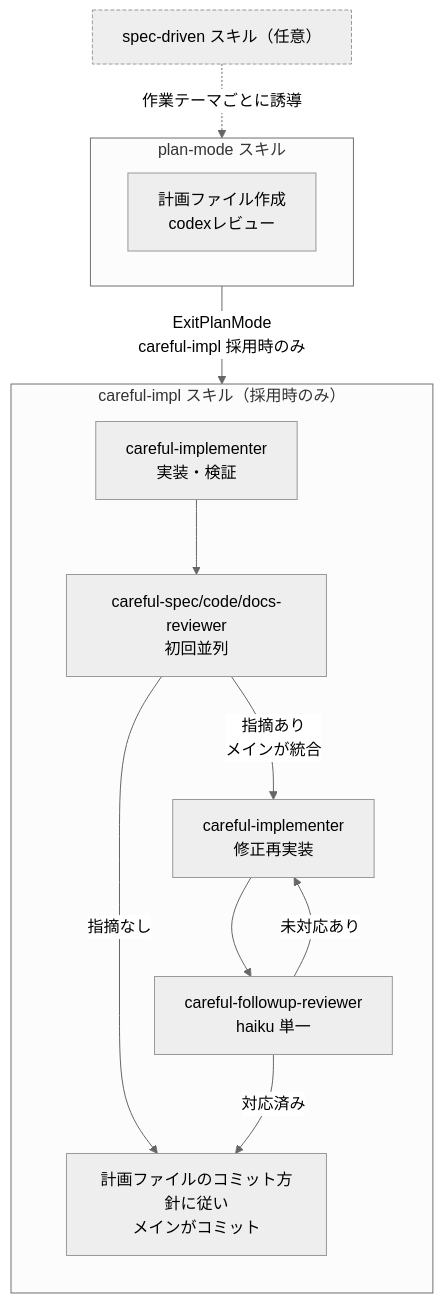
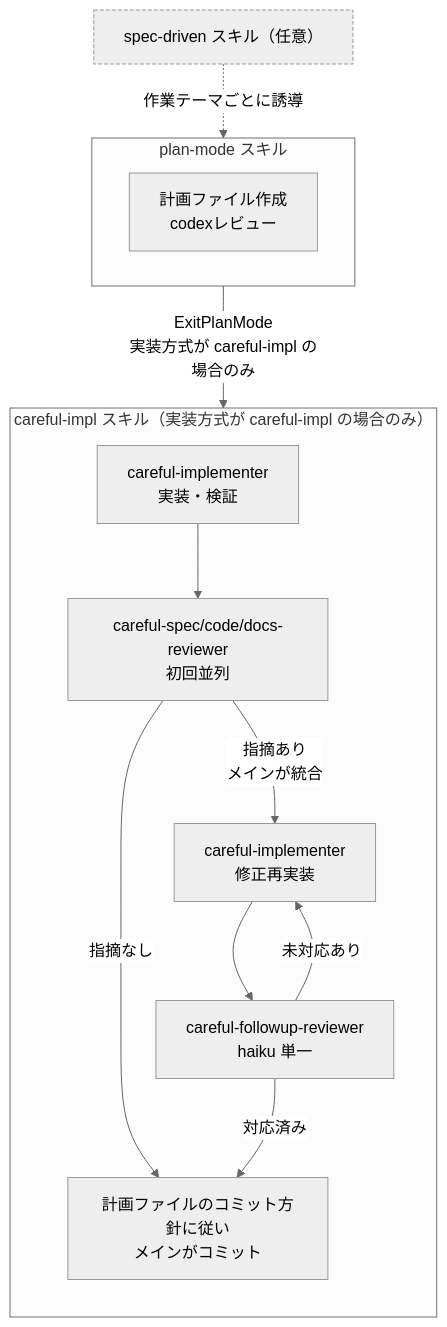
The diagram in .claude/rules/plugins.md (ak110/dotfiles), drawn with Mermaid (neutral theme) before and after one commit. The commit also changed other lines of this file and 5 other files, not shown here.

````diff
--- a/.claude/rules/plugins.md
+++ b/.claude/rules/plugins.md
@@ -116,20 +116,20 @@
 ```mermaid
 flowchart TB
     SD["spec-driven スキル（任意）"]:::sd
     subgraph PM["plan-mode スキル"]
       P[計画ファイル作成<br/>codexレビュー]
     end
-    subgraph PI["careful-impl スキル（採用時のみ）"]
+    subgraph PI["careful-impl スキル（実装方式が careful-impl の場合のみ）"]
       direction TB
       T[careful-implementer<br/>実装・検証] --> R1[careful-spec/code/docs-reviewer<br/>初回並列]
       R1 -->|指摘あり<br/>メインが統合| T2[careful-implementer<br/>修正再実装]
       T2 --> R2[careful-followup-reviewer<br/>haiku 単一]
       R2 -->|未対応あり| T2
       R1 -->|指摘なし| C[計画ファイルのコミット方針に従い<br/>メインがコミット]
       R2 -->|対応済み| C
     end
     SD -.->|作業テーマごとに誘導| PM
-    PM -->|ExitPlanMode<br/>careful-impl 採用時のみ| PI
+    PM -->|ExitPlanMode<br/>実装方式が careful-impl の場合のみ| PI
 
     classDef sd stroke-dasharray: 4 2
 ```
````
